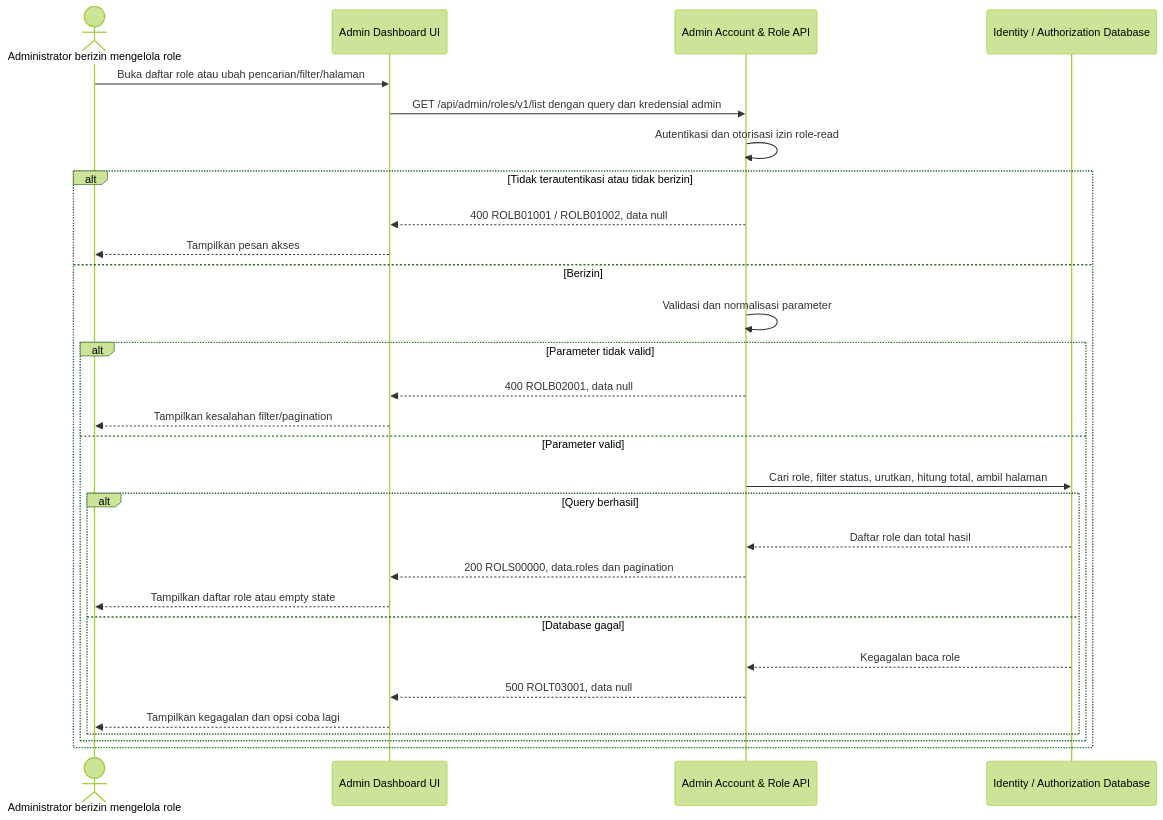
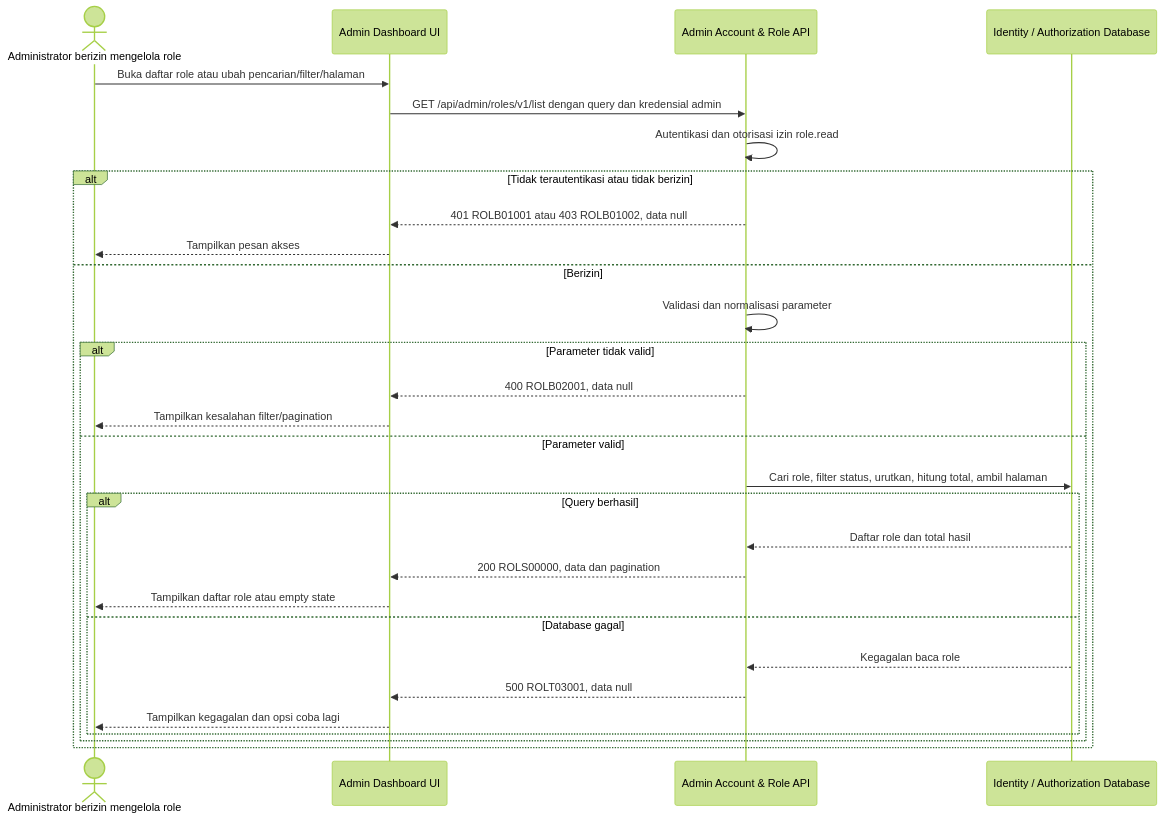
Before and after one commit to fatihmuhamadridho/docs-game-service-platform: the diagram in sprint-1/solutioning/dashboard/accounts-roles/get-list-roles.md, drawn with Mermaid (forest theme). The commit also changed other lines of this file and 32 other files, not shown here.

````diff
--- a/sprint-1/solutioning/dashboard/accounts-roles/get-list-roles.md
+++ b/sprint-1/solutioning/dashboard/accounts-roles/get-list-roles.md
@@ -14,31 +14,31 @@
 ```mermaid
 sequenceDiagram
     actor Admin as Administrator berizin mengelola role
     participant UI as Admin Dashboard UI
     participant API as Admin Account & Role API
     participant DB as Identity / Authorization Database
     Admin->>UI: Buka daftar role atau ubah pencarian/filter/halaman
     UI->>API: GET /api/admin/roles/v1/list dengan query dan kredensial admin
-    API->>API: Autentikasi dan otorisasi izin role-read
+    API->>API: Autentikasi dan otorisasi izin role.read
     alt Tidak terautentikasi atau tidak berizin
-        API-->>UI: 400 ROLB01001 / ROLB01002, data null
+        API-->>UI: 401 ROLB01001 atau 403 ROLB01002, data null
         UI-->>Admin: Tampilkan pesan akses
     else Berizin
         API->>API: Validasi dan normalisasi parameter
         alt Parameter tidak valid
             API-->>UI: 400 ROLB02001, data null
             UI-->>Admin: Tampilkan kesalahan filter/pagination
         else Parameter valid
             API->>DB: Cari role, filter status, urutkan, hitung total, ambil halaman
             alt Query berhasil
                 DB-->>API: Daftar role dan total hasil
-                API-->>UI: 200 ROLS00000, data.roles dan pagination
+                API-->>UI: 200 ROLS00000, data dan pagination
                 UI-->>Admin: Tampilkan daftar role atau empty state
             else Database gagal
                 DB-->>API: Kegagalan baca role
                 API-->>UI: 500 ROLT03001, data null
                 UI-->>Admin: Tampilkan kegagalan dan opsi coba lagi
             end
         end
     end
 ```
````
